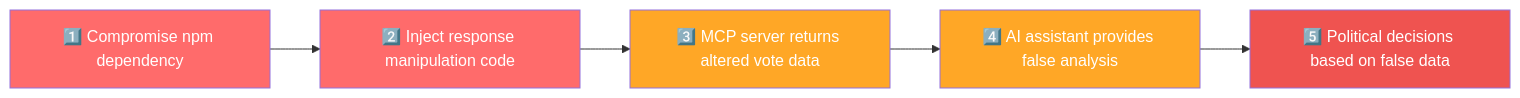
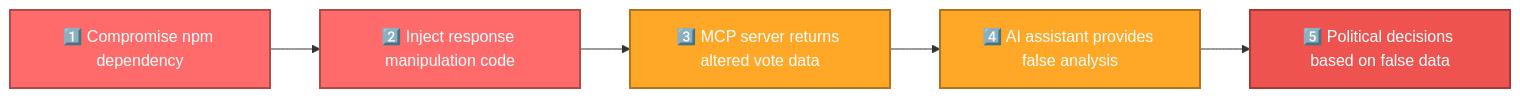
The sixth of 21 diagrams in THREAT_MODEL.md (Hack23/European-Parliament-MCP-Server), drawn with Mermaid before and after one commit. The commit also changed other lines of this file and 17 other files, not shown here.

````diff
--- a/THREAT_MODEL.md
+++ b/THREAT_MODEL.md
@@ -775,18 +805,23 @@
 ```mermaid
 graph LR
     A[1️⃣ Compromise npm dependency] --> B[2️⃣ Inject response manipulation code]
     B --> C[3️⃣ MCP server returns altered vote data]
     C --> D[4️⃣ AI assistant provides false analysis]
     D --> E[5️⃣ Political decisions based on false data]
     
-    style A fill:#ff6b6b,color:#ffffff
+    style A fill:#ff6b6b,stroke:#b24a4a,stroke-width:2px,color:#ffffff
 
-    style B fill:#ff6b6b,color:#ffffff
 
-    style C fill:#ffa726,color:#ffffff
+    style B fill:#ff6b6b,stroke:#b24a4a,stroke-width:2px,color:#ffffff
 
-    style D fill:#ffa726,color:#ffffff
 
-    style E fill:#ef5350,color:#ffffff
+    style C fill:#ffa726,stroke:#b2741a,stroke-width:2px,color:#ffffff
+
+
+    style D fill:#ffa726,stroke:#b2741a,stroke-width:2px,color:#ffffff
+
+
+    style E fill:#ef5350,stroke:#a73a38,stroke-width:2px,color:#ffffff
+
 
 ```
````
